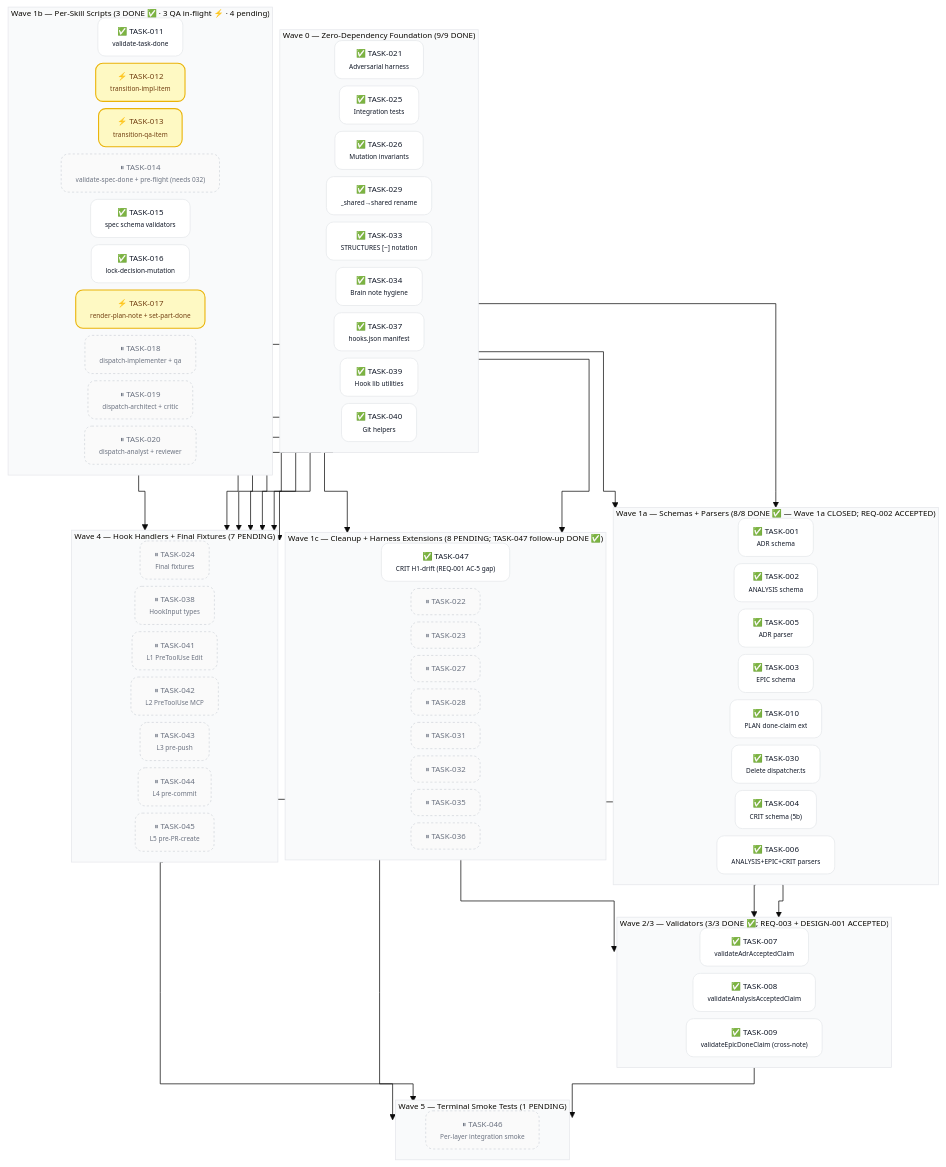
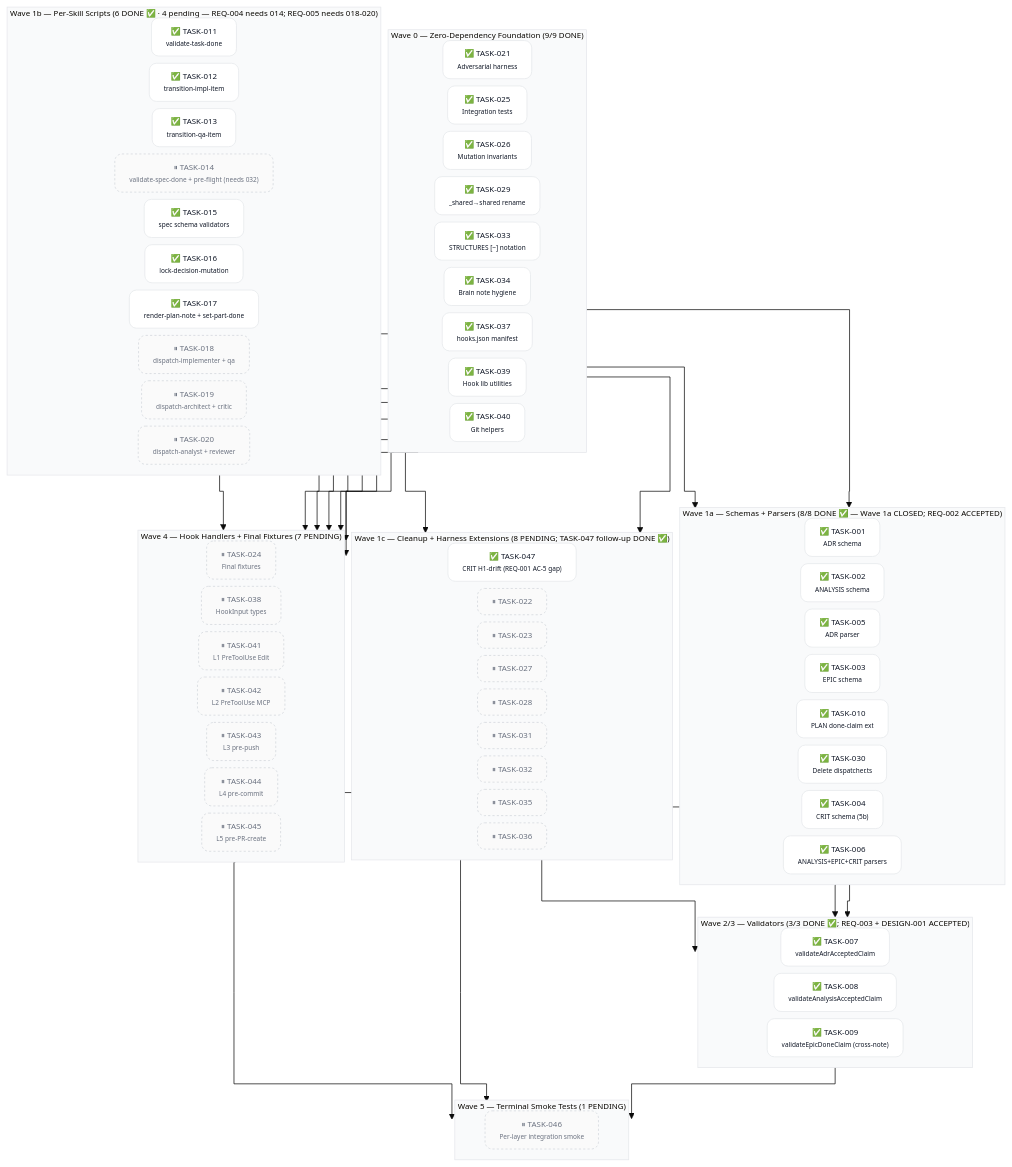
One commit to acmelabs-15/skills changed the second of 2 diagrams in docs/planning/PLAN-001-skills-ecosystem.md. Above: the diagram before and after it, drawn with Mermaid. The commit also changed other lines of this file and 8 other files, not shown here.

First line of the commit message:
build(SPEC-008): Wave 1b-B CLOSED — TASK-012+013+017 QA PASS; 27/47 (Event 90)

````diff
--- a/docs/planning/PLAN-001-skills-ecosystem.md
+++ b/docs/planning/PLAN-001-skills-ecosystem.md
@@ -181,15 +181,15 @@
     T006["✅ TASK-006<br/><span style='font-size:9px'>ANALYSIS+EPIC+CRIT parsers</span>"]
   end
 
-  subgraph W1b ["Wave 1b — Per-Skill Scripts (3 DONE ✅ · 3 QA in-flight ⚡ · 4 pending)"]
+  subgraph W1b ["Wave 1b — Per-Skill Scripts (6 DONE ✅ · 4 pending — REQ-004 needs 014; REQ-005 needs 018-020)"]
     direction LR
     T011["✅ TASK-011<br/><span style='font-size:9px'>validate-task-done</span>"]
-    T012["⚡ TASK-012<br/><span style='font-size:9px'>transition-impl-item</span>"]
-    T013["⚡ TASK-013<br/><span style='font-size:9px'>transition-qa-item</span>"]
+    T012["✅ TASK-012<br/><span style='font-size:9px'>transition-impl-item</span>"]
+    T013["✅ TASK-013<br/><span style='font-size:9px'>transition-qa-item</span>"]
     T014["⏸ TASK-014<br/><span style='font-size:9px'>validate-spec-done + pre-flight (needs 032)</span>"]
     T015["✅ TASK-015<br/><span style='font-size:9px'>spec schema validators</span>"]
     T016["✅ TASK-016<br/><span style='font-size:9px'>lock-decision-mutation</span>"]
-    T017["⚡ TASK-017<br/><span style='font-size:9px'>render-plan-note + set-part-done</span>"]
+    T017["✅ TASK-017<br/><span style='font-size:9px'>render-plan-note + set-part-done</span>"]
     T018["⏸ TASK-018<br/><span style='font-size:9px'>dispatch-implementer + qa</span>"]
     T019["⏸ TASK-019<br/><span style='font-size:9px'>dispatch-architect + critic</span>"]
     T020["⏸ TASK-020<br/><span style='font-size:9px'>dispatch-analyst + reviewer</span>"]
@@ -254,7 +254,6 @@
   T045 --> T046
 
   class T001,T002,T003,T004,T005,T006,T010,T021,T025,T026,T029,T030,T033,T034,T037,T039,T040 done
-  class T007,T008,T009,T047,T011,T015,T016 done
-  class T012,T013,T017 inprogress
+  class T007,T008,T009,T047,T011,T012,T013,T015,T016,T017 done
   class T014,T018,T019,T020,T022,T023,T024,T027,T028,T031,T032,T035,T036,T038,T041,T042,T043,T044,T045,T046 pending
 ```
````
